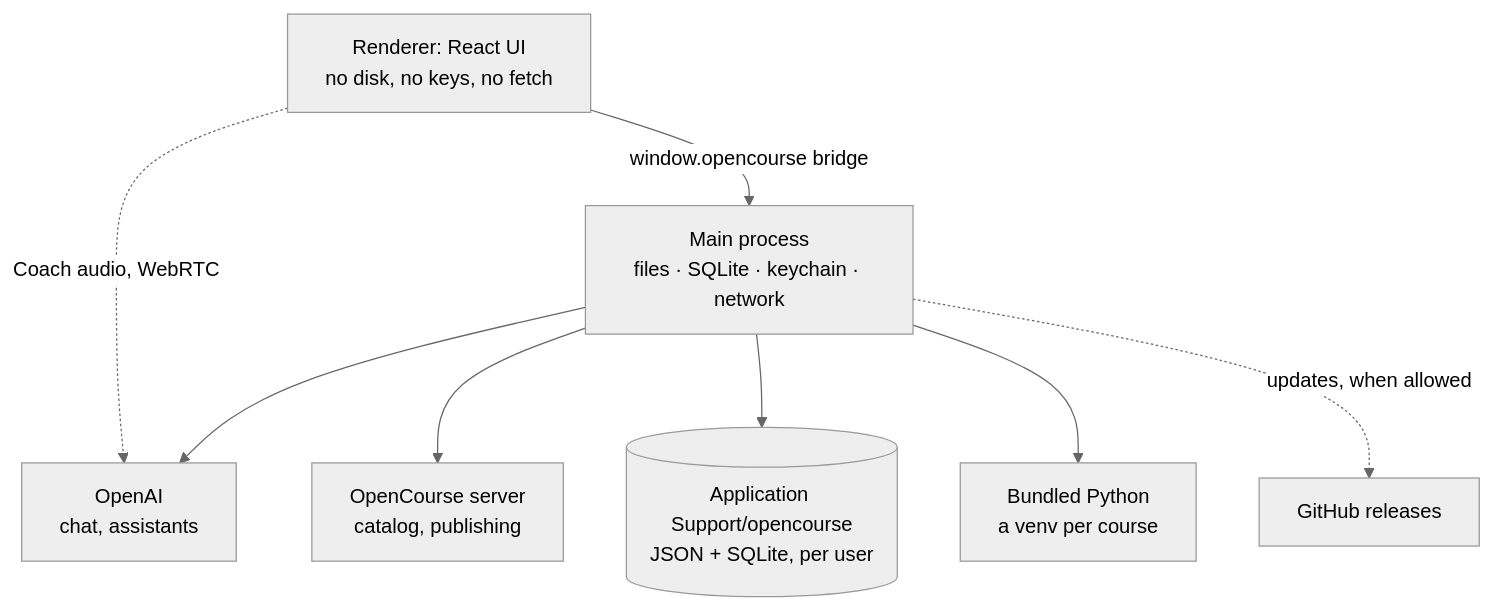
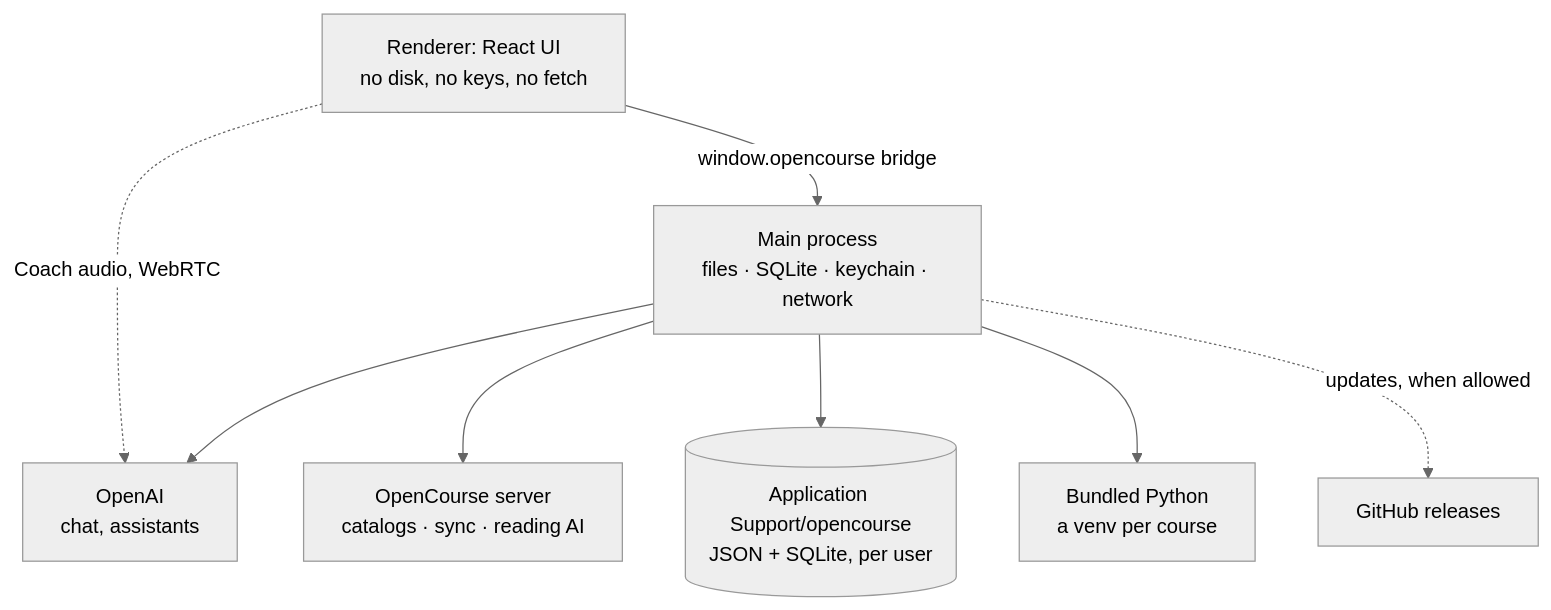
Before and after one commit to s3298321/opencourse: the first of 2 diagrams in README.md, drawn with Mermaid (neutral theme). The commit also changed other lines of this file and 212 other files, not shown here.

````diff
--- a/README.md
+++ b/README.md
@@ -79,12 +84,12 @@
 ```mermaid
 flowchart TB
   R["Renderer: React UI<br/>no disk, no keys, no fetch"]
   M["Main process<br/>files · SQLite · keychain · network"]
   R -- "window.opencourse bridge" --> M
   R -. "Coach audio, WebRTC" .-> O
   M --> O["OpenAI<br/>chat, assistants"]
-  M --> S["OpenCourse server<br/>catalog, publishing"]
+  M --> S["OpenCourse server<br/>catalogs · sync · reading AI"]
   M --> D[("Application Support/opencourse<br/>JSON + SQLite, per user")]
   M --> P["Bundled Python<br/>a venv per course"]
   M -. "updates, when allowed" .-> G["GitHub releases"]
 ```
````
